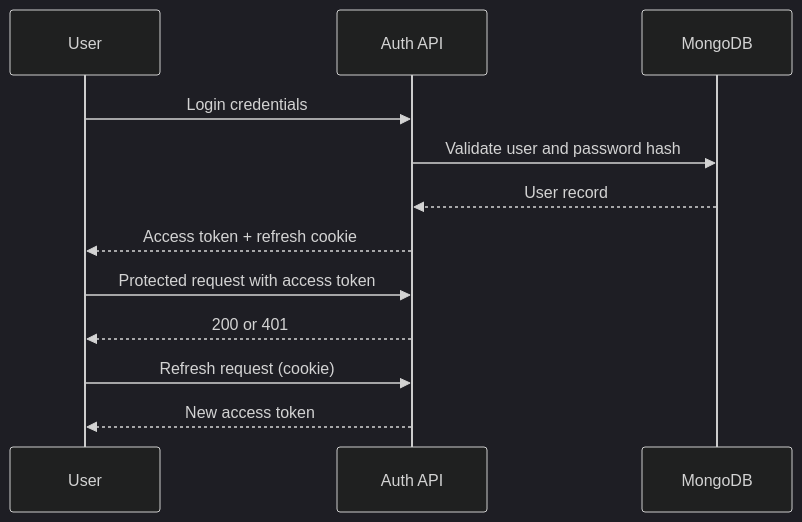
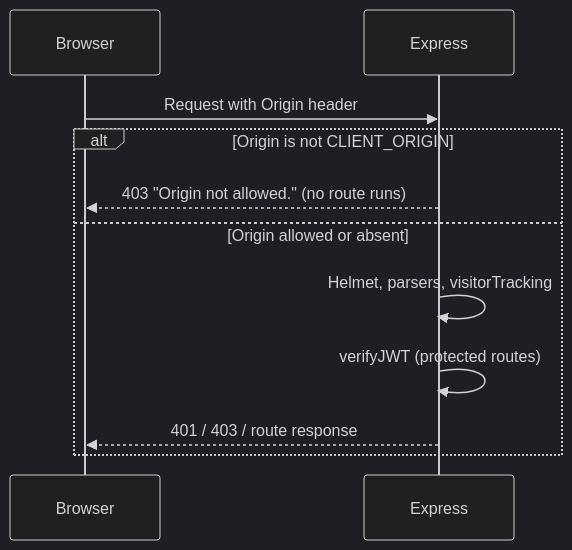
Before and after one commit to martintrifunov/obrok: the diagram in apps/docs/backend/auth-security.md, drawn with Mermaid (dark theme). The commit also changed other lines of this file and 13 other files, not shown here.

````diff
--- a/apps/docs/backend/auth-security.md
+++ b/apps/docs/backend/auth-security.md
@@ -15,14 +15,13 @@
 ```mermaid
 sequenceDiagram
-  participant U as User
-  participant API as Auth API
-  participant DB as MongoDB
-  U->>API: Login credentials
-  API->>DB: Validate user and password hash
-  DB-->>API: User record
-  API-->>U: Access token + refresh cookie
-  U->>API: Protected request with access token
-  API-->>U: 200 or 401
-  U->>API: Refresh request (cookie)
-  API-->>U: New access token
+  participant B as Browser
+  participant API as Express
+  B->>API: Request with Origin header
+  alt Origin is not CLIENT_ORIGIN
+    API-->>B: 403 "Origin not allowed." (no route runs)
+  else Origin allowed or absent
+    API->>API: Helmet, parsers, visitorTracking
+    API->>API: verifyJWT (protected routes)
+    API-->>B: 401 / 403 / route response
+  end
 ```
````
